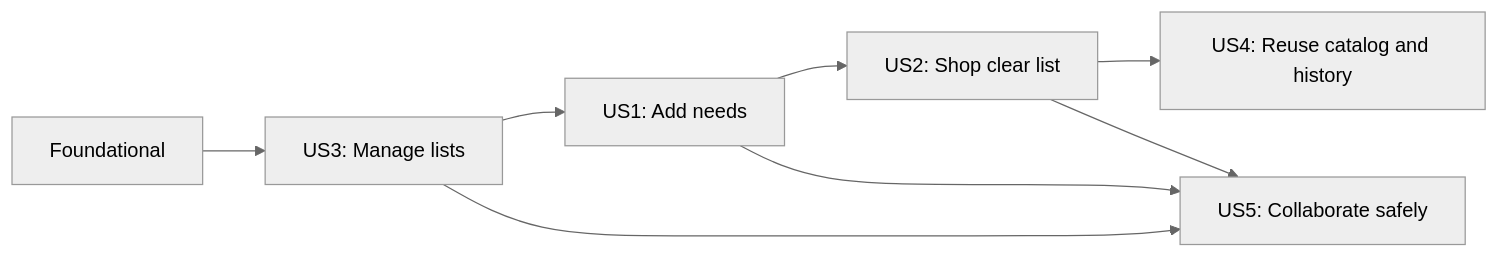
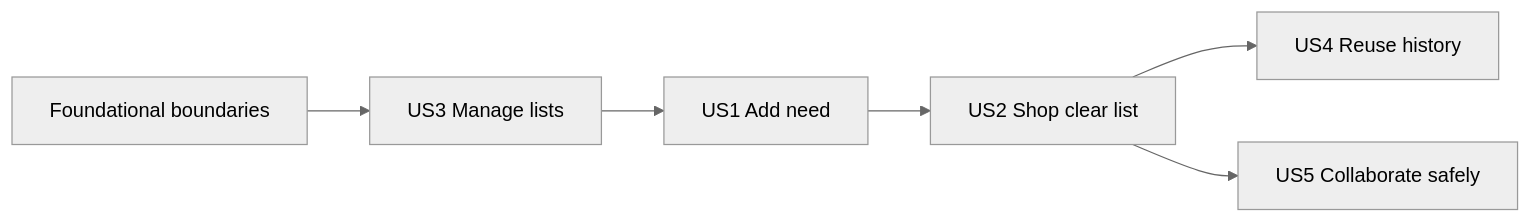
Before and after one commit to denmette/plukk: the diagram in specs/001-initial-shopping-list/tasks.md, drawn with Mermaid (neutral theme). The commit also changed other lines of this file, not shown here.

````diff
--- a/specs/001-initial-shopping-list/tasks.md
+++ b/specs/001-initial-shopping-list/tasks.md
@@ -204,10 +222,8 @@
 ```mermaid
 flowchart LR
-    F[Foundational] --> US3[US3: Manage lists]
-    US3 --> US1[US1: Add needs]
-    US1 --> US2[US2: Shop clear list]
-    US2 --> US4[US4: Reuse catalog and history]
-    US3 --> US5[US5: Collaborate safely]
-    US1 --> US5
-    US2 --> US5
+    F[Foundational boundaries] --> US3[US3 Manage lists]
+    US3 --> US1[US1 Add need]
+    US1 --> US2[US2 Shop clear list]
+    US2 --> US4[US4 Reuse history]
+    US2 --> US5[US5 Collaborate safely]
 ```
````
